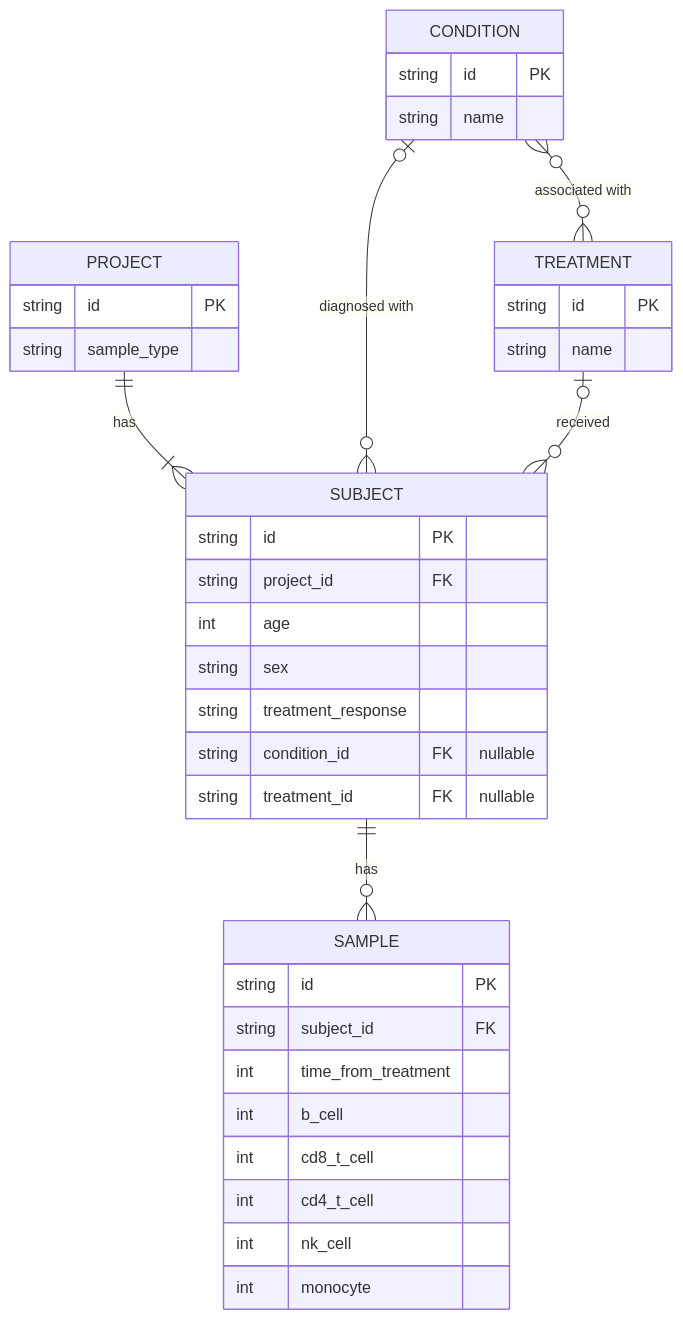
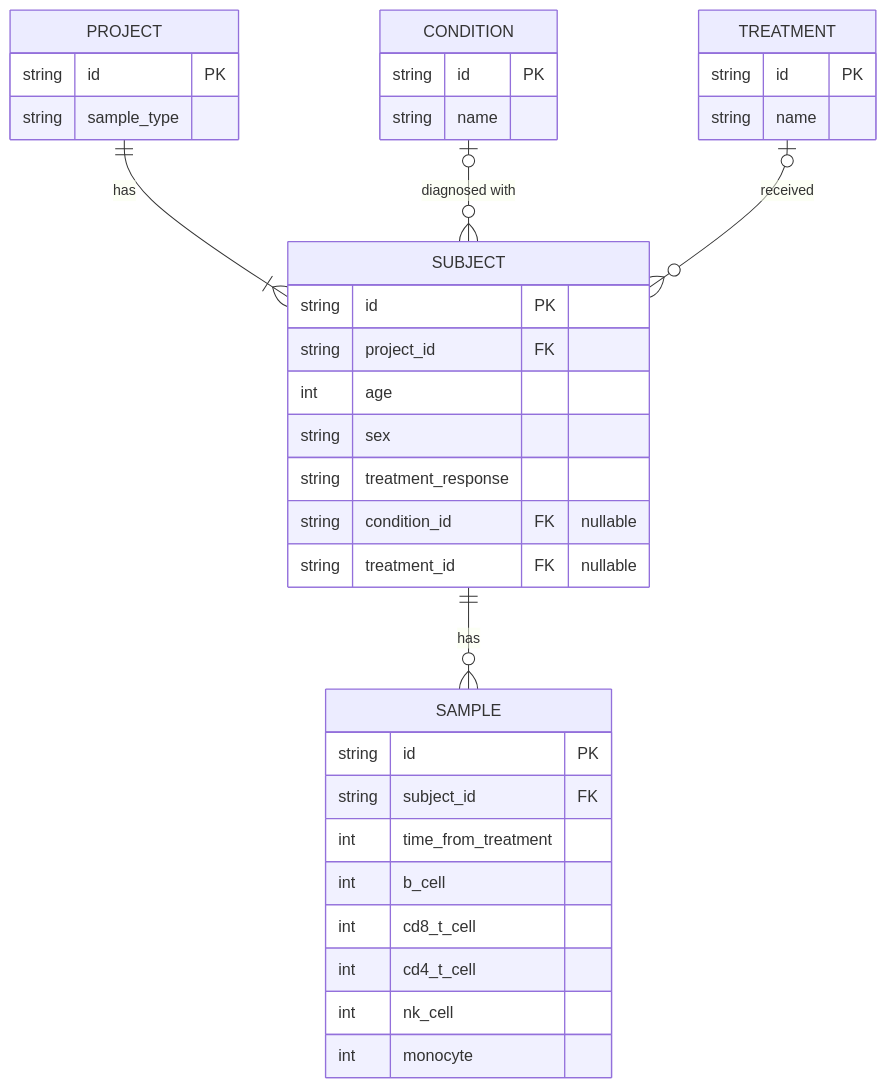
Before and after one commit to jasbill-jla/teiko: the diagram in docs/erd.md, drawn with Mermaid. The commit also changed other lines of this file, not shown here.

First line of the commit message:
Remove unjustified Condition-Treatment many-to-many from ERD

````diff
--- a/docs/erd.md
+++ b/docs/erd.md
@@ -3,40 +3,39 @@
 ```mermaid
 erDiagram
     PROJECT ||--|{ SUBJECT      : "has"
     CONDITION o|--o{ SUBJECT    : "diagnosed with"
     TREATMENT o|--o{ SUBJECT    : "received"
     SUBJECT ||--o{ SAMPLE       : "has"
-    CONDITION }o--o{ TREATMENT  : "associated with"
 
     PROJECT {
         string id PK
         string sample_type
     }
     SUBJECT {
         string id PK
         string project_id FK
         int age
         string sex
         string treatment_response
         string condition_id FK "nullable"
         string treatment_id FK "nullable"
     }
     CONDITION {
         string id PK
         string name
     }
     TREATMENT {
         string id PK
         string name
     }
     SAMPLE {
         string id PK
         string subject_id FK
         int time_from_treatment
         int b_cell
         int cd8_t_cell
         int cd4_t_cell
         int nk_cell
         int monocyte
     }
 ```
````
